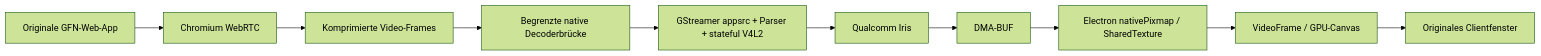
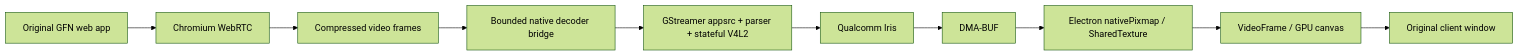
Before and after one commit to bubi/gfn-armada: the diagram in docs/streamer-options.md, drawn with Mermaid (forest theme). The commit also changed other lines of this file and 23 other files, not shown here.

````diff
--- a/docs/streamer-options.md
+++ b/docs/streamer-options.md
@@ -17,12 +18,12 @@
 ```mermaid
 flowchart LR
-  GFN[Originale GFN-Web-App] --> RTC[Chromium WebRTC]
-  RTC --> Encoded[Komprimierte Video-Frames]
-  Encoded --> Bridge[Begrenzte native Decoderbrücke]
-  Bridge --> GST[GStreamer appsrc + Parser + stateful V4L2]
+  GFN[Original GFN web app] --> RTC[Chromium WebRTC]
+  RTC --> Encoded[Compressed video frames]
+  Encoded --> Bridge[Bounded native decoder bridge]
+  Bridge --> GST[GStreamer appsrc + parser + stateful V4L2]
   GST --> Iris[Qualcomm Iris]
   Iris --> DMA[DMA-BUF]
   DMA --> Texture[Electron nativePixmap / SharedTexture]
-  Texture --> Canvas[VideoFrame / GPU-Canvas]
-  Canvas --> Screen[Originales Clientfenster]
+  Texture --> Canvas[VideoFrame / GPU canvas]
+  Canvas --> Screen[Original client window]
 ```
````
